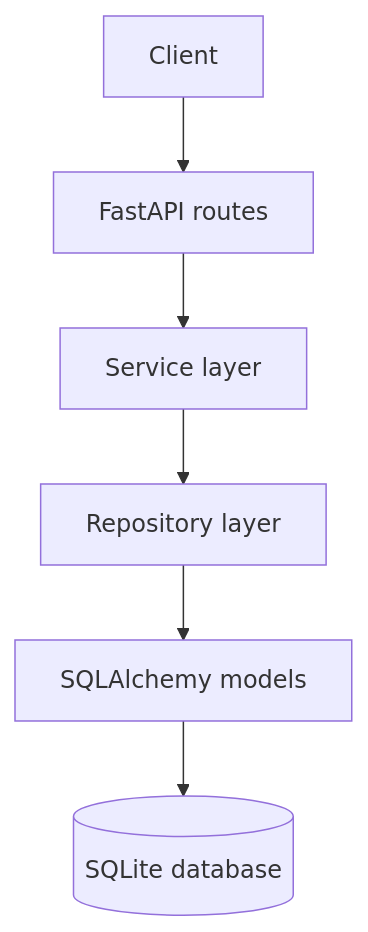
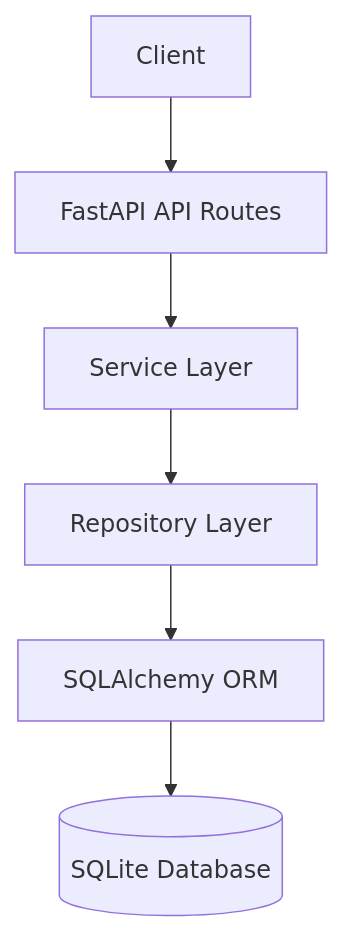
The diagram in README.md (07al0k/short-url-service), drawn with Mermaid before and after one commit. The commit also changed other lines of this file, not shown here.

````diff
--- a/README.md
+++ b/README.md
@@ -36,8 +89,8 @@
 ```mermaid
 flowchart TD
-    Client[Client] --> Routes[FastAPI routes]
-    Routes --> Service[Service layer]
-    Service --> Repository[Repository layer]
-    Repository --> ORM[SQLAlchemy models]
-    ORM --> DB[(SQLite database)]
+    A[Client] --> B[FastAPI API Routes]
+    B --> C[Service Layer]
+    C --> D[Repository Layer]
+    D --> E[SQLAlchemy ORM]
+    E --> F[(SQLite Database)]
 ```
````
